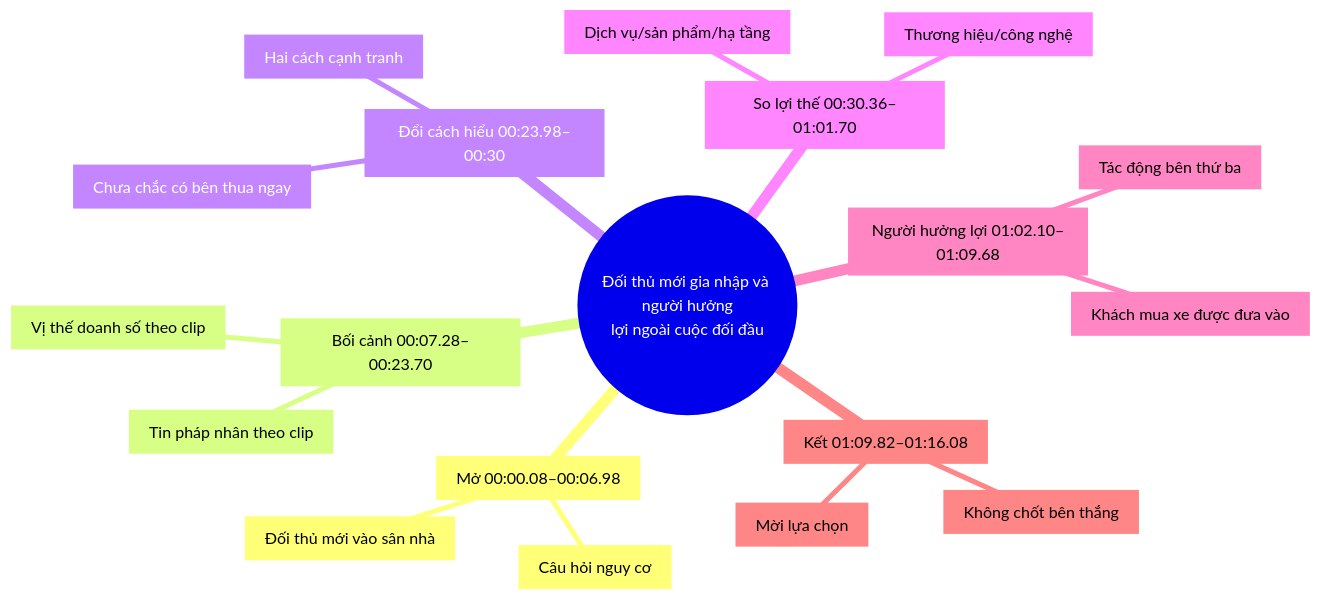
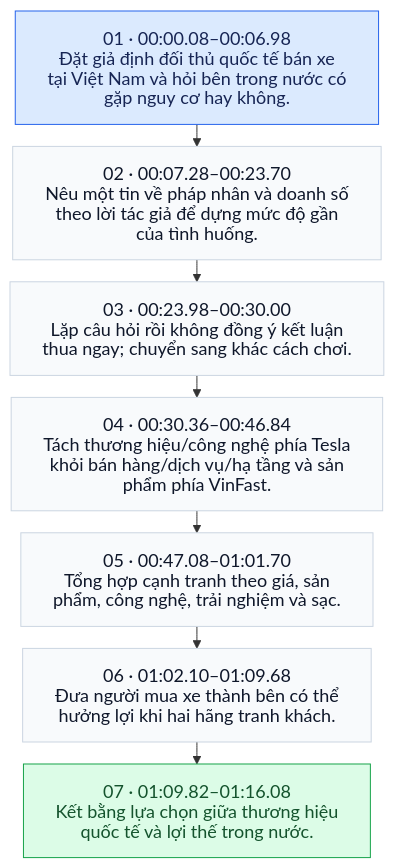
The diagram in skills/hook-script/references/corpus/cases/7686294941173058824.md (vilo0411/hook-script-kit), drawn with Mermaid before and after one commit. The commit also changed other lines of this file and 103 other files, not shown here.

Commit message:
Diversify Vietnamese clip sources and replace radial maps with story flows

````diff
--- a/skills/hook-script/references/corpus/cases/7686294941173058824.md
+++ b/skills/hook-script/references/corpus/cases/7686294941173058824.md
@@ -125,22 +17,23 @@
 ```mermaid
-mindmap
-  root((Đối thủ mới gia nhập và người hưởng<br/>lợi ngoài cuộc đối đầu))
-    b0["Mở 00:00.08–00:06.98"]
-      b0c0["Đối thủ mới vào sân nhà"]
-      b0c1["Câu hỏi nguy cơ"]
-    b1["Bối cảnh 00:07.28–00:23.70"]
-      b1c0["Tin pháp nhân theo clip"]
-      b1c1["Vị thế doanh số theo clip"]
-    b2["Đổi cách hiểu 00:23.98–00:30"]
-      b2c0["Chưa chắc có bên thua ngay"]
-      b2c1["Hai cách cạnh tranh"]
-    b3["So lợi thế 00:30.36–01:01.70"]
-      b3c0["Thương hiệu/công nghệ"]
-      b3c1["Dịch vụ/sản phẩm/hạ tầng"]
-    b4["Người hưởng lợi 01:02.10–01:09.68"]
-      b4c0["Khách mua xe được đưa vào"]
-      b4c1["Tác động bên thứ ba"]
-    b5["Kết 01:09.82–01:16.08"]
-      b5c0["Mời lựa chọn"]
-      b5c1["Không chốt bên thắng"]
+%%{init: {"htmlLabels": false, "themeVariables": {"fontSize": "18px"}, "flowchart": {"padding": 16, "rankSpacing": 22, "wrappingWidth": 360}}}%%
+flowchart TD
+  n0["01 · 00:00.08–00:06.98<br/>Đặt giả định đối thủ quốc tế bán xe<br/>tại Việt Nam và hỏi bên trong nước có<br/>gặp nguy cơ hay không."]
+  n1["02 · 00:07.28–00:23.70<br/>Nêu một tin về pháp nhân và doanh số<br/>theo lời tác giả để dựng mức độ gần<br/>của tình huống."]
+  n0 --> n1
+  n2["03 · 00:23.98–00:30.00<br/>Lặp câu hỏi rồi không đồng ý kết luận<br/>thua ngay; chuyển sang khác cách chơi."]
+  n1 --> n2
+  n3["04 · 00:30.36–00:46.84<br/>Tách thương hiệu/công nghệ phía Tesla<br/>khỏi bán hàng/dịch vụ/hạ tầng và sản<br/>phẩm phía VinFast."]
+  n2 --> n3
+  n4["05 · 00:47.08–01:01.70<br/>Tổng hợp cạnh tranh theo giá, sản<br/>phẩm, công nghệ, trải nghiệm và sạc."]
+  n3 --> n4
+  n5["06 · 01:02.10–01:09.68<br/>Đưa người mua xe thành bên có thể<br/>hưởng lợi khi hai hãng tranh khách."]
+  n4 --> n5
+  n6["07 · 01:09.82–01:16.08<br/>Kết bằng lựa chọn giữa thương hiệu<br/>quốc tế và lợi thế trong nước."]
+  n5 --> n6
+  classDef phase fill:#F8FAFC,stroke:#CBD5E1,color:#0F172A,font-size:18px;
+  classDef opening fill:#DBEAFE,stroke:#2563EB,color:#172554,font-size:18px;
+  classDef ending fill:#DCFCE7,stroke:#16A34A,color:#14532D,font-size:18px;
+  class n0,n1,n2,n3,n4,n5,n6 phase;
+  class n0 opening;
+  class n6 ending;
 ```
````
